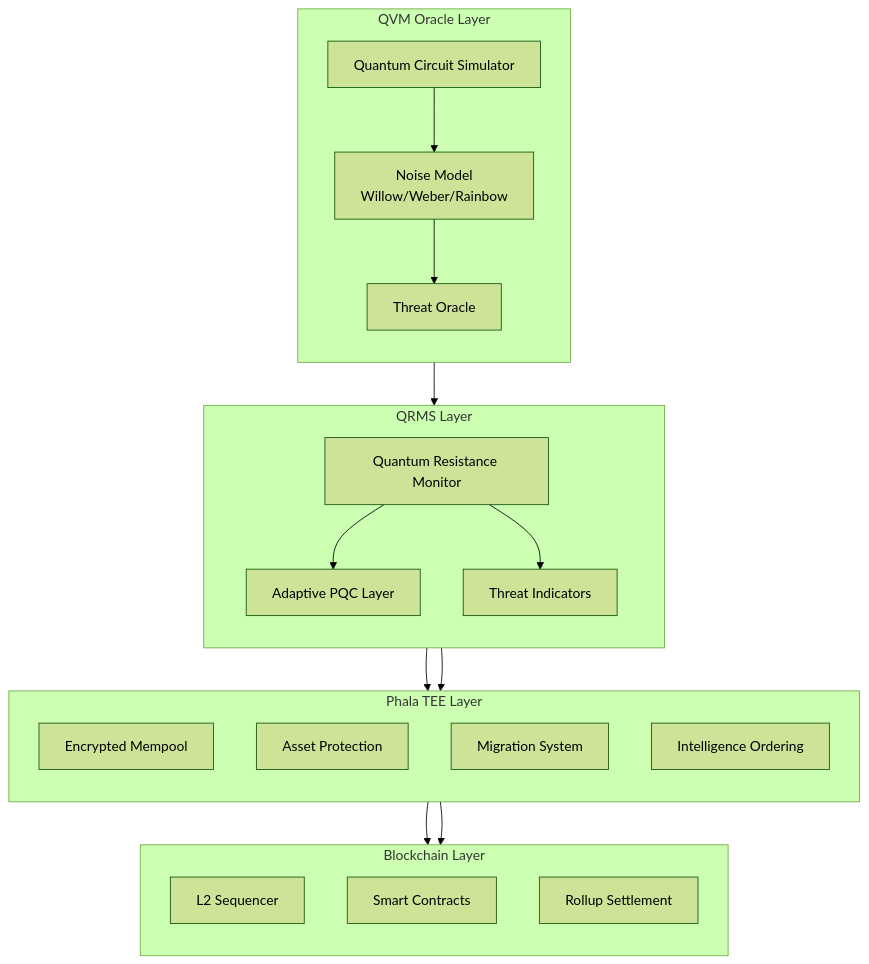
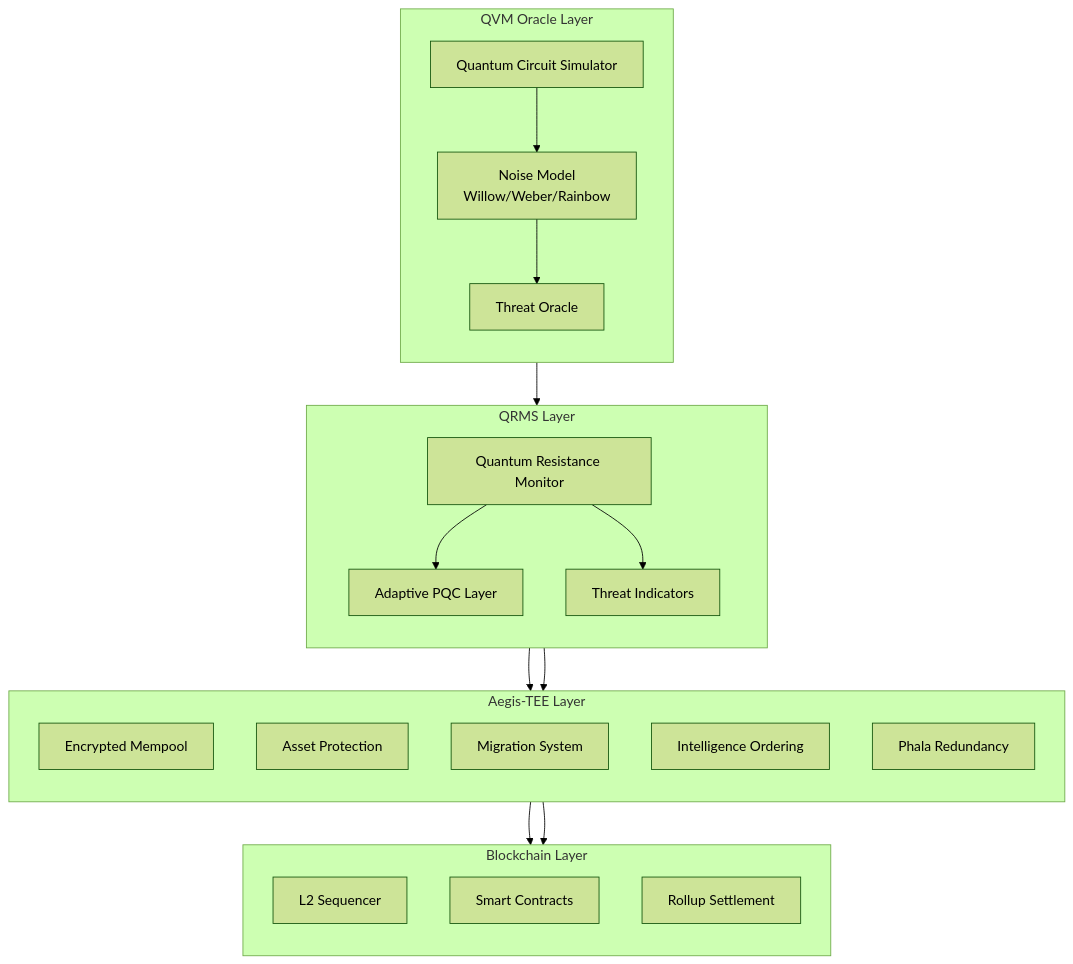
One commit to Halo-Labs-xyz/qAegis changed the first of 8 diagrams in docs/architecture/qvm_integration.md. Above: the diagram before and after it, drawn with Mermaid (forest theme). The commit also changed other lines of this file and 26 other files, not shown here.

````diff
--- a/docs/architecture/qvm_integration.md
+++ b/docs/architecture/qvm_integration.md
@@ -7,43 +7,44 @@
 ```mermaid
 flowchart TB
     subgraph QVM["QVM Oracle Layer"]
         direction TB
         QC[Quantum Circuit Simulator]
         NM[Noise Model<br/>Willow/Weber/Rainbow]
         TO[Threat Oracle]
         
         QC --> NM
         NM --> TO
     end
     
     subgraph QRMS["QRMS Layer"]
         direction TB
         QRM[Quantum Resistance Monitor]
         APQC[Adaptive PQC Layer]
         TI[Threat Indicators]
         
         QRM --> APQC
         QRM --> TI
     end
     
-    subgraph TEE["Phala TEE Layer"]
+    subgraph TEE["Aegis-TEE Layer"]
         direction TB
         EM[Encrypted Mempool]
         AP[Asset Protection]
         MS[Migration System]
         IO[Intelligence Ordering]
+        PR[Phala Redundancy]
     end
     
     subgraph Chain["Blockchain Layer"]
         direction TB
         SEQ[L2 Sequencer]
         SC[Smart Contracts]
         RS[Rollup Settlement]
     end
     
     TO --> QRM
     TI --> EM
     APQC --> AP
     IO --> SEQ
     MS --> RS
 ```
````
